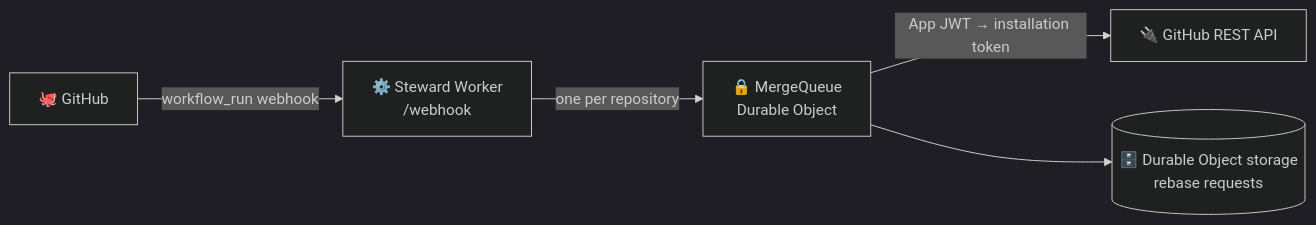
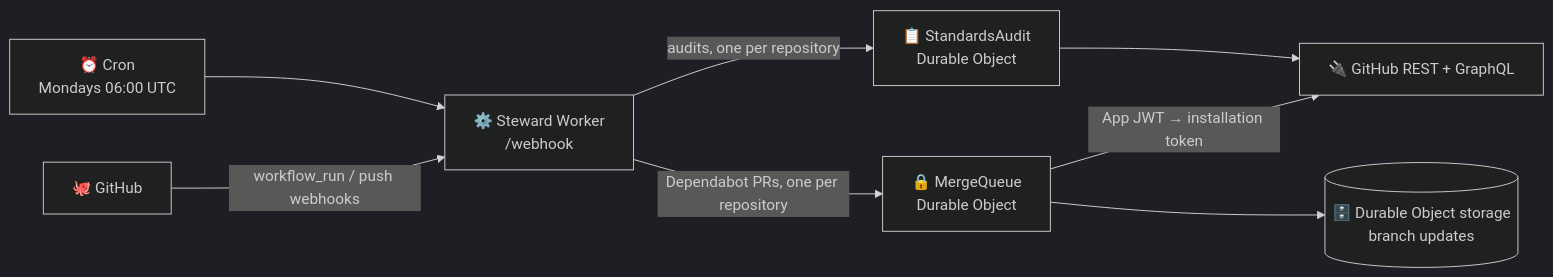
One commit to Isma-L154/Steward changed the diagram in README.md. Above: the diagram before and after it, drawn with Mermaid (dark theme). The commit also changed other lines of this file and 1 other file, not shown here.

Commit message:
docs: describe the standards checks

````diff
--- a/README.md
+++ b/README.md
@@ -37,7 +40,10 @@
 ```mermaid
 flowchart LR
-    GH["🐙 GitHub"] -- "workflow_run webhook" --> W["⚙️ Steward Worker<br/>/webhook"]
-    W -- "one per repository" --> Q["🔒 MergeQueue<br/>Durable Object"]
-    Q -- "App JWT → installation token" --> API["🔌 GitHub REST API"]
-    Q --> S[("🗄️ Durable Object storage<br/>rebase requests")]
+    GH["🐙 GitHub"] -- "workflow_run / push webhooks" --> W["⚙️ Steward Worker<br/>/webhook"]
+    C["⏰ Cron<br/>Mondays 06:00 UTC"] --> W
+    W -- "Dependabot PRs, one per repository" --> Q["🔒 MergeQueue<br/>Durable Object"]
+    W -- "audits, one per repository" --> A["📋 StandardsAudit<br/>Durable Object"]
+    Q -- "App JWT → installation token" --> API["🔌 GitHub REST + GraphQL"]
+    A --> API
+    Q --> S[("🗄️ Durable Object storage<br/>branch updates")]
 ```
````
